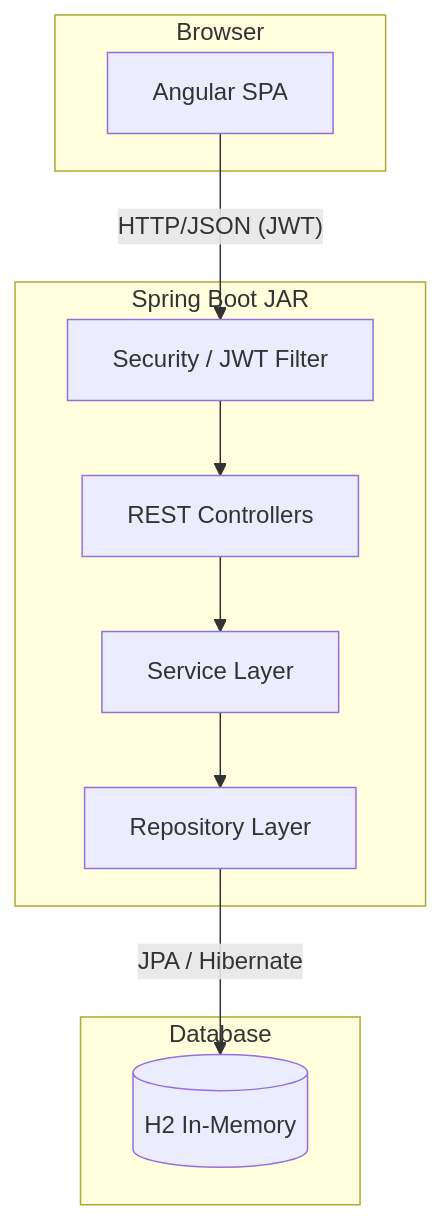
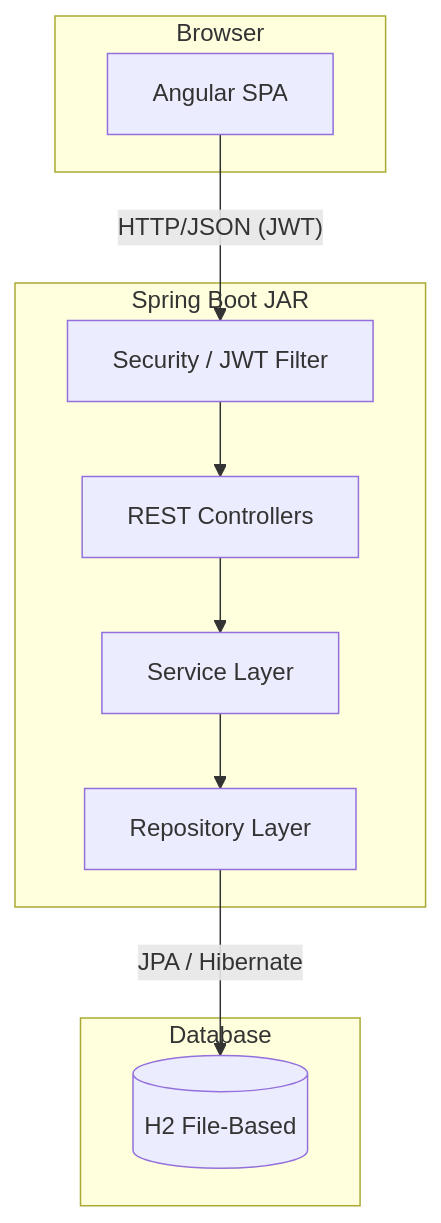
One commit to MoFar20/mail-system changed the first of 6 diagrams in README.md. Above: the diagram before and after it, drawn with Mermaid. The commit also changed other lines of this file and 1 other file, not shown here.

````diff
--- a/README.md
+++ b/README.md
@@ -56,23 +56,23 @@
 ```mermaid
 graph TB
     subgraph Browser
         A[Angular SPA]
     end
 
     subgraph Spring Boot JAR
         B[REST Controllers]
         C[Service Layer]
         D[Repository Layer]
         E[Security / JWT Filter]
     end
 
     subgraph Database
-        F[(H2 In-Memory)]
+        F[(H2 File-Based)]
     end
 
     A -- "HTTP/JSON (JWT)" --> E
     E --> B
     B --> C
     C --> D
     D -- "JPA / Hibernate" --> F
 ```
````
